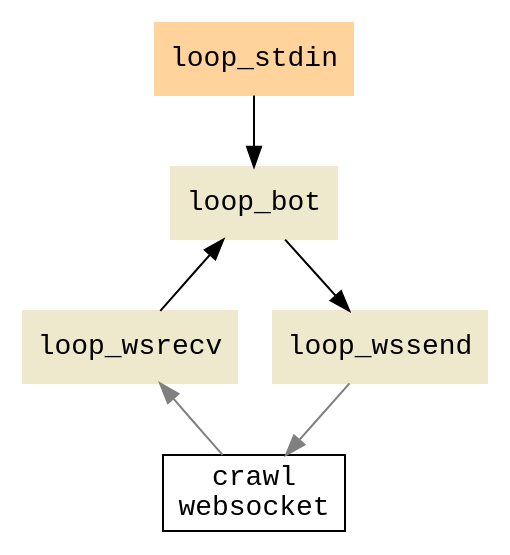
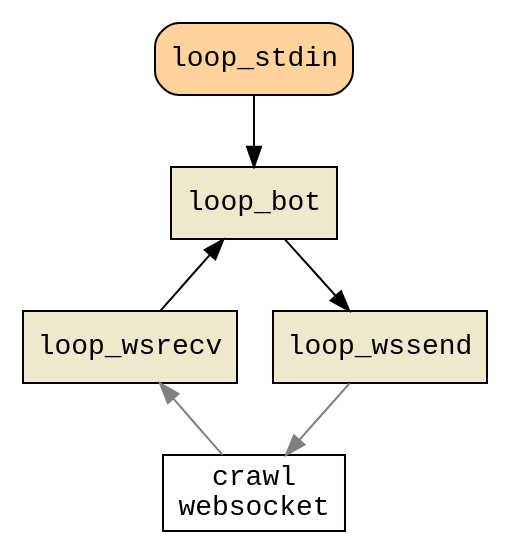
One commit to golmman/crawlbot changed the diagram in architecture.gv. Above: the diagram before and after it, drawn with Graphviz. The commit also changed 20 other files, not shown here.

```diff
--- a/architecture.gv
+++ b/architecture.gv
@@ -1,19 +1,19 @@
 digraph architecture {
     graph [fontname=monospace];
     node [fontname=monospace, shape=box];
     edge [fontname=monospace];
 
-    loop_stdin [color=burlywood1, style=filled]
-    loop_wsrecv [color=cornsilk2, style=filled]
-    loop_bot [color=cornsilk2, style=filled]
-    loop_wssend [color=cornsilk2, style=filled]
+    loop_stdin [fillcolor=burlywood1, style="filled,rounded"]
+    loop_wsrecv [fillcolor=cornsilk2, style=filled]
+    loop_bot [fillcolor=cornsilk2, style=filled]
+    loop_wssend [fillcolor=cornsilk2, style=filled]
 
     loop_stdin -> loop_bot;
     loop_wsrecv -> loop_bot;
     loop_bot -> loop_wssend;
 
     "crawl\nwebsocket" -> loop_wsrecv [color=gray]
     loop_wssend -> "crawl\nwebsocket" [color=gray]
 
     { rank=same; loop_wsrecv loop_wssend }
 }
```
